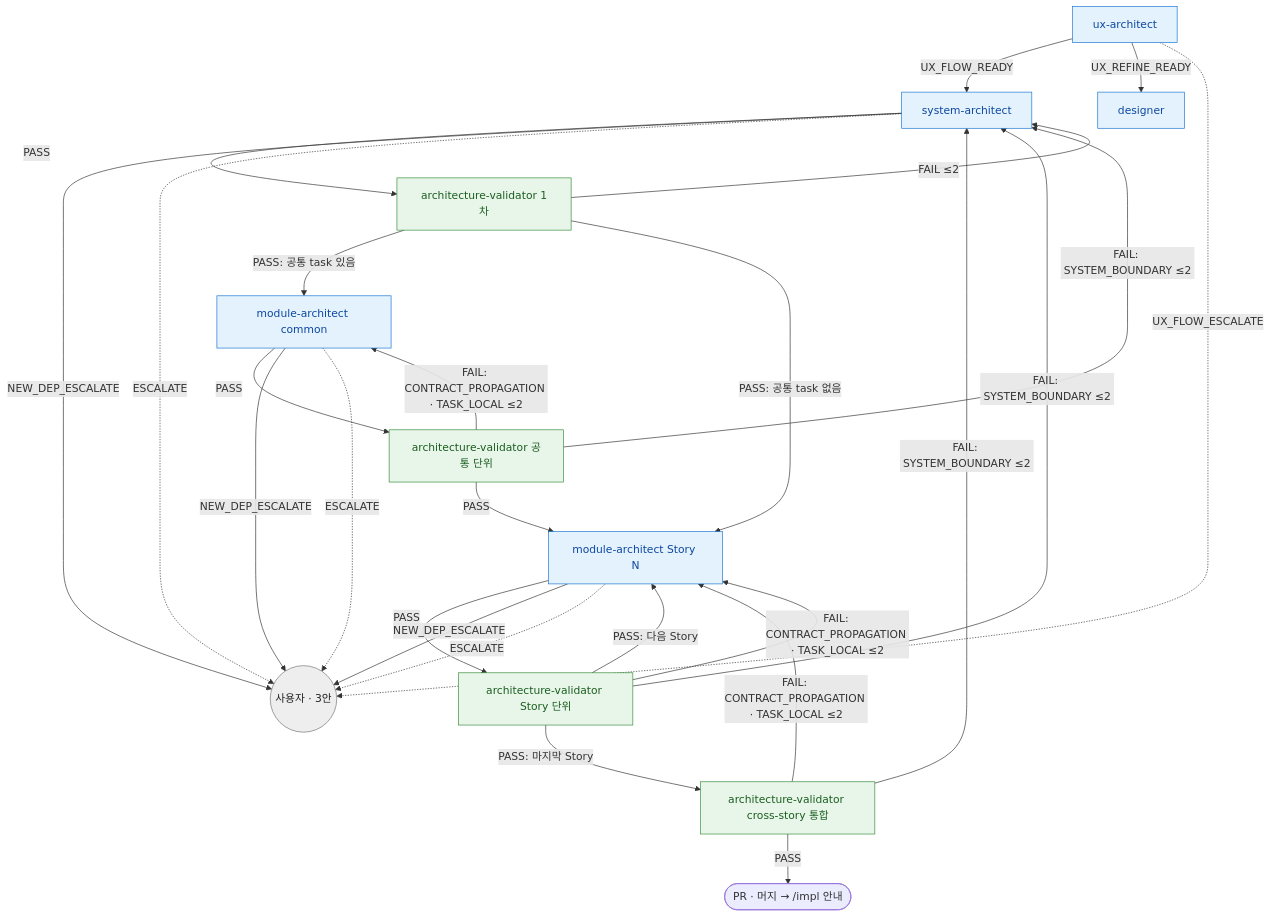
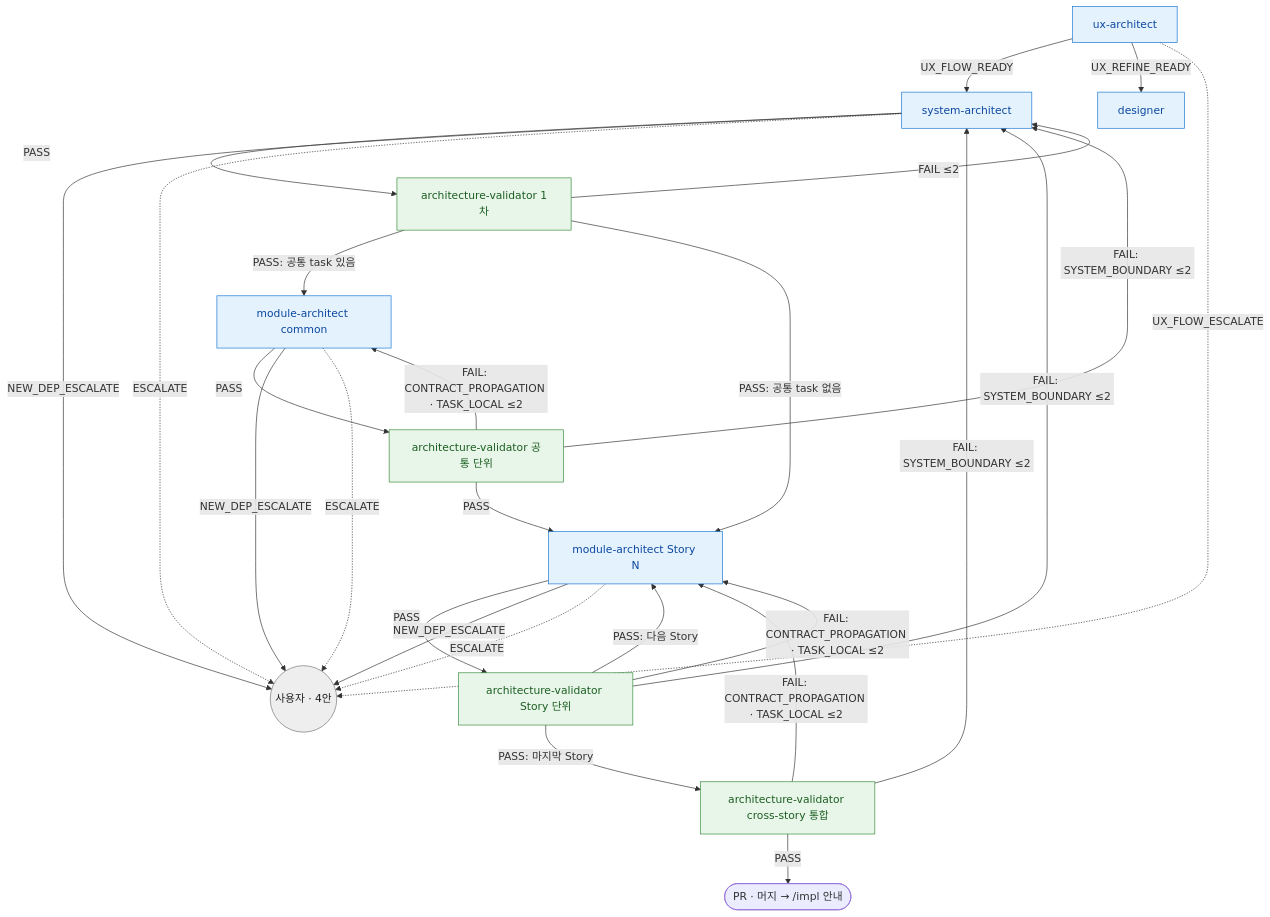
The diagram in skills/design/design-routing.md (alruminum/dcNess), drawn with Mermaid before and after one commit. The commit also changed other lines of this file and 61 other files, not shown here.

````diff
--- a/skills/design/design-routing.md
+++ b/skills/design/design-routing.md
@@ -15,35 +15,35 @@
 ```mermaid
 flowchart TB
   UX[ux-architect] -->|UX_FLOW_READY| SA[system-architect]
   UX -->|UX_REFINE_READY| DS[designer]
   SA -->|PASS| AV1[architecture-validator 1차]
   AV1 -->|PASS: 공통 task 있음| MA_COMMON[module-architect common]
   AV1 -->|PASS: 공통 task 없음| MA_STORY[module-architect Story N]
   MA_COMMON -->|PASS| AV_COMMON[architecture-validator 공통 단위]
   AV_COMMON -->|PASS| MA_STORY
   MA_STORY -->|PASS| AV_STORY[architecture-validator Story 단위]
   AV_STORY -->|PASS: 다음 Story| MA_STORY
   AV_STORY -->|PASS: 마지막 Story| AV_FINAL[architecture-validator cross-story 통합]
   AV_FINAL -->|PASS| M([PR · 머지 → /impl 안내])
   AV1 -->|FAIL ≤2| SA
   AV_COMMON -->|"FAIL: SYSTEM_BOUNDARY ≤2"| SA
   AV_COMMON -->|"FAIL: CONTRACT_PROPAGATION · TASK_LOCAL ≤2"| MA_COMMON
   AV_STORY -->|"FAIL: SYSTEM_BOUNDARY ≤2"| SA
   AV_STORY -->|"FAIL: CONTRACT_PROPAGATION · TASK_LOCAL ≤2"| MA_STORY
   AV_FINAL -->|"FAIL: SYSTEM_BOUNDARY ≤2"| SA
   AV_FINAL -->|"FAIL: CONTRACT_PROPAGATION · TASK_LOCAL ≤2"| MA_STORY
-  SA -->|NEW_DEP_ESCALATE| U((사용자 · 3안))
+  SA -->|NEW_DEP_ESCALATE| U((사용자 · 4안))
   MA_COMMON -->|NEW_DEP_ESCALATE| U
   MA_STORY -->|NEW_DEP_ESCALATE| U
   UX -.->|UX_FLOW_ESCALATE| U
   SA -.->|ESCALATE| U
   MA_COMMON -.->|ESCALATE| U
   MA_STORY -.->|ESCALATE| U
 
   classDef produce fill:#e3f2fd,stroke:#1976d2,color:#0d47a1
   classDef verify fill:#e8f5e9,stroke:#388e3c,color:#1b5e20
   classDef user fill:#eeeeee,stroke:#757575,color:#212121
   class UX,SA,DS,MA_COMMON,MA_STORY produce
   class AV1,AV_COMMON,AV_STORY,AV_FINAL verify
   class U user
 ```
````
